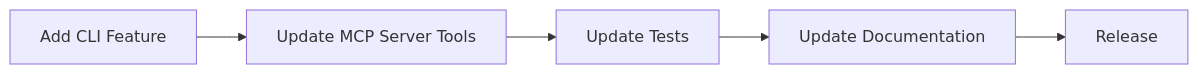
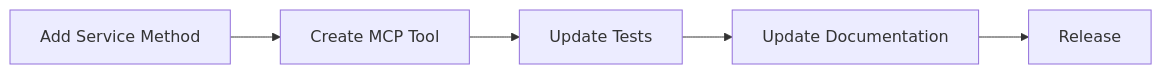
Before and after one commit to Evan-Kim2028/snowcli-tools: the diagram in docs/mcp/mcp_server_technical_guide.md, drawn with Mermaid. The commit also changed other lines of this file and 3 other files, not shown here.

First line of the commit message:
docs: Remove all remaining CLI references for v2.0 MCP-only architecture

````diff
--- a/docs/mcp/mcp_server_technical_guide.md
+++ b/docs/mcp/mcp_server_technical_guide.md
@@ -49,7 +50,7 @@
 ```mermaid
 graph LR
-    A[Add CLI Feature] --> B[Update MCP Server Tools]
+    A[Add Service Method] --> B[Create MCP Tool]
     B --> C[Update Tests]
     C --> D[Update Documentation]
     D --> E[Release]
 ```
````
